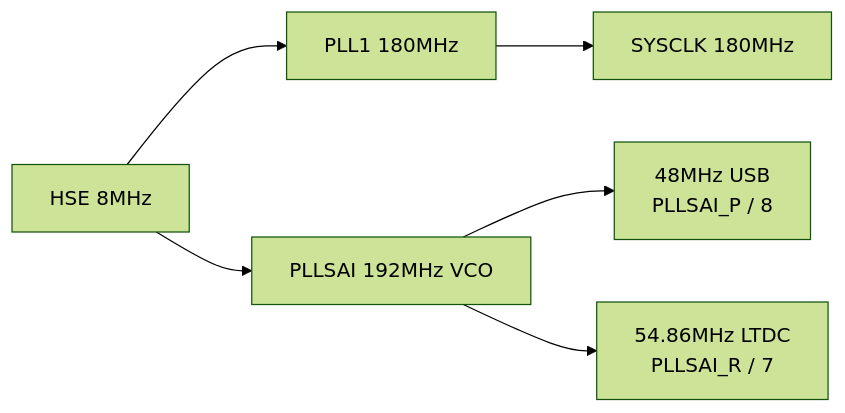
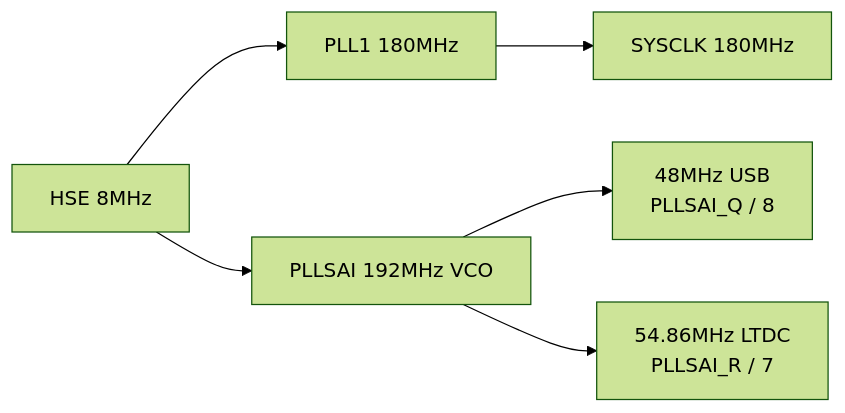
One commit to Amperstrand/embassy-stm32f469i-disco changed the second of 2 diagrams in README.md. Above: the diagram before and after it, drawn with Mermaid (forest theme). The commit also changed other lines of this file and 1 other file, not shown here.

````diff
--- a/README.md
+++ b/README.md
@@ -51,8 +82,8 @@
 ```mermaid
 flowchart LR
     HSE["HSE 8MHz"] --> PLL1["PLL1 180MHz"]
     HSE --> PLLSAI["PLLSAI 192MHz VCO"]
     PLL1 --> SYSCLK["SYSCLK 180MHz"]
-    PLLSAI --> USB48["48MHz USB<br/>PLLSAI_P / 8"]
+    PLLSAI --> USB48["48MHz USB<br/>PLLSAI_Q / 8"]
     PLLSAI --> PIXEL["54.86MHz LTDC<br/>PLLSAI_R / 7"]
 ```
````
